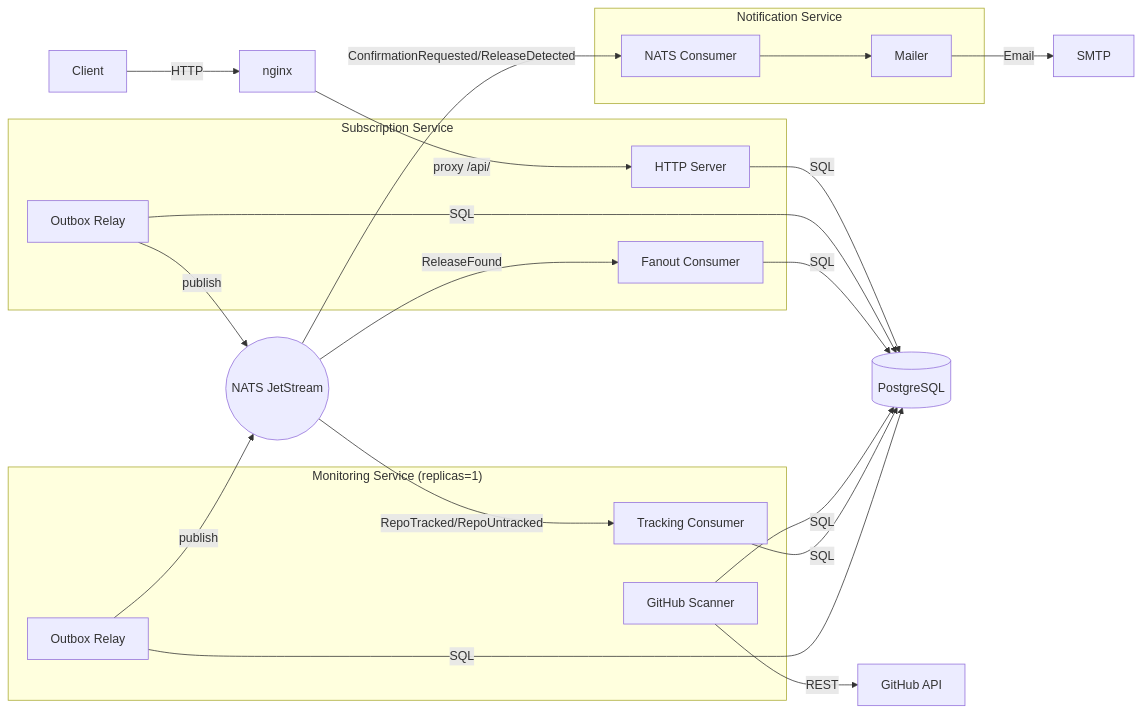
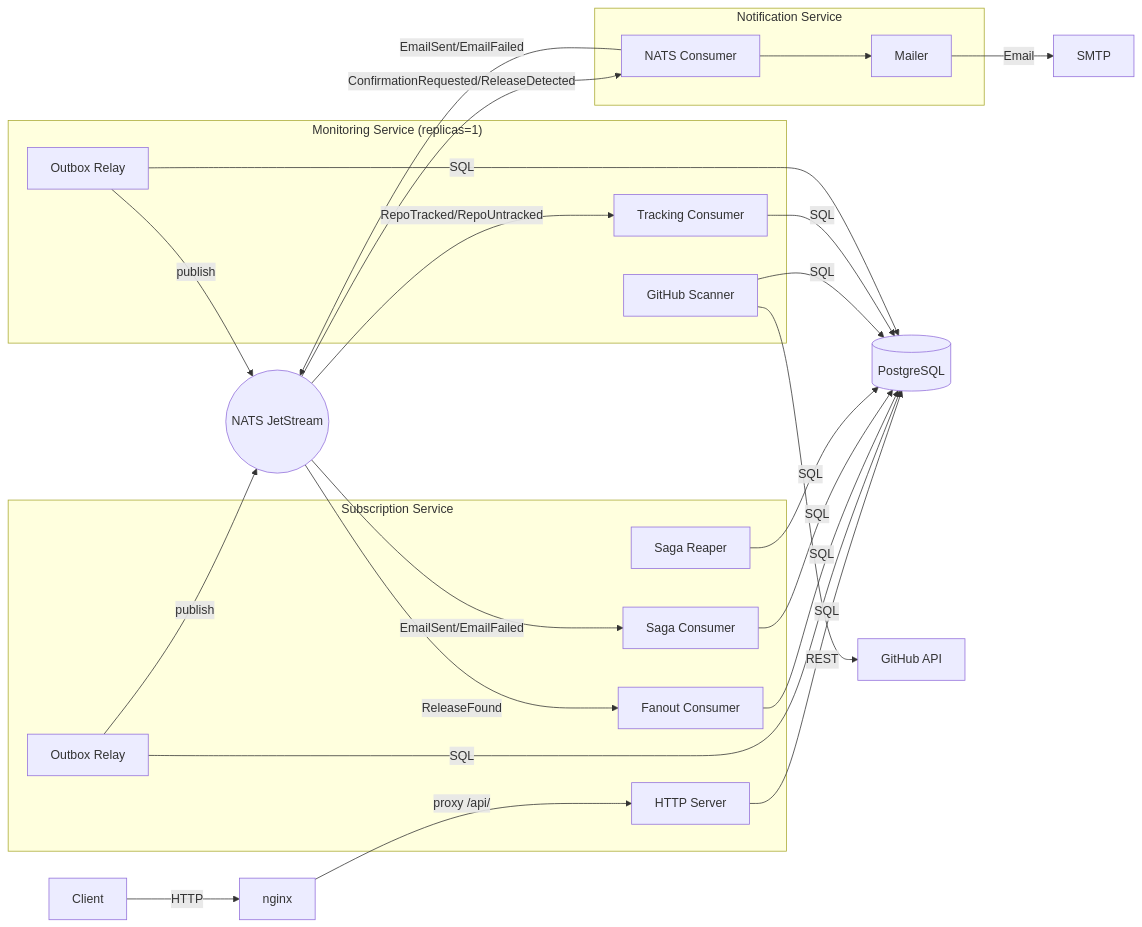
One commit to GenesisEducationKyiv/software-engineering-school-6-0-RodionShapoval5758 changed the first of 7 diagrams in docs/SDD.md. Above: the diagram before and after it, drawn with Mermaid. The commit also changed other lines of this file and 1 other file, not shown here.

Commit message:
docs: update SDD diagrams and add saga implementation report

````diff
--- a/docs/SDD.md
+++ b/docs/SDD.md
@@ -45,48 +45,54 @@
 ```mermaid
 flowchart LR
     Client[Client]
     nginx[nginx]
 
     subgraph subscription["Subscription Service"]
         HTTP[HTTP Server]
         FW[Fanout Consumer]
         Relay1[Outbox Relay]
+        SagaCons[Saga Consumer]
+        SagaReaper[Saga Reaper]
     end
 
     subgraph monitoring["Monitoring Service (replicas=1)"]
         Scanner[GitHub Scanner]
         TrackingConsumer[Tracking Consumer]
         Relay2[Outbox Relay]
     end
 
     subgraph notification["Notification Service"]
         NotifConsumer[NATS Consumer]
         Mailer[Mailer]
     end
 
     DB[(PostgreSQL)]
     NATS((NATS JetStream))
     GitHub[GitHub API]
     SMTP[SMTP]
 
     Client -->|HTTP| nginx
     nginx -->|proxy /api/| HTTP
 
     HTTP -->|SQL| DB
     Relay1 -->|SQL| DB
     FW -->|SQL| DB
+    SagaCons -->|SQL| DB
+    SagaReaper -->|SQL| DB
 
     Scanner -->|SQL| DB
     TrackingConsumer -->|SQL| DB
     Relay2 -->|SQL| DB
     Scanner -->|REST| GitHub
 
     Relay1 -->|publish| NATS
     Relay2 -->|publish| NATS
     NATS -->|ReleaseFound| FW
     NATS -->|RepoTracked/RepoUntracked| TrackingConsumer
     NATS -->|ConfirmationRequested/ReleaseDetected| NotifConsumer
+    NATS -->|EmailSent/EmailFailed| SagaCons
 
     NotifConsumer --> Mailer
     Mailer -->|Email| SMTP
+    NotifConsumer -->|EmailSent/EmailFailed| NATS
 ```
````
